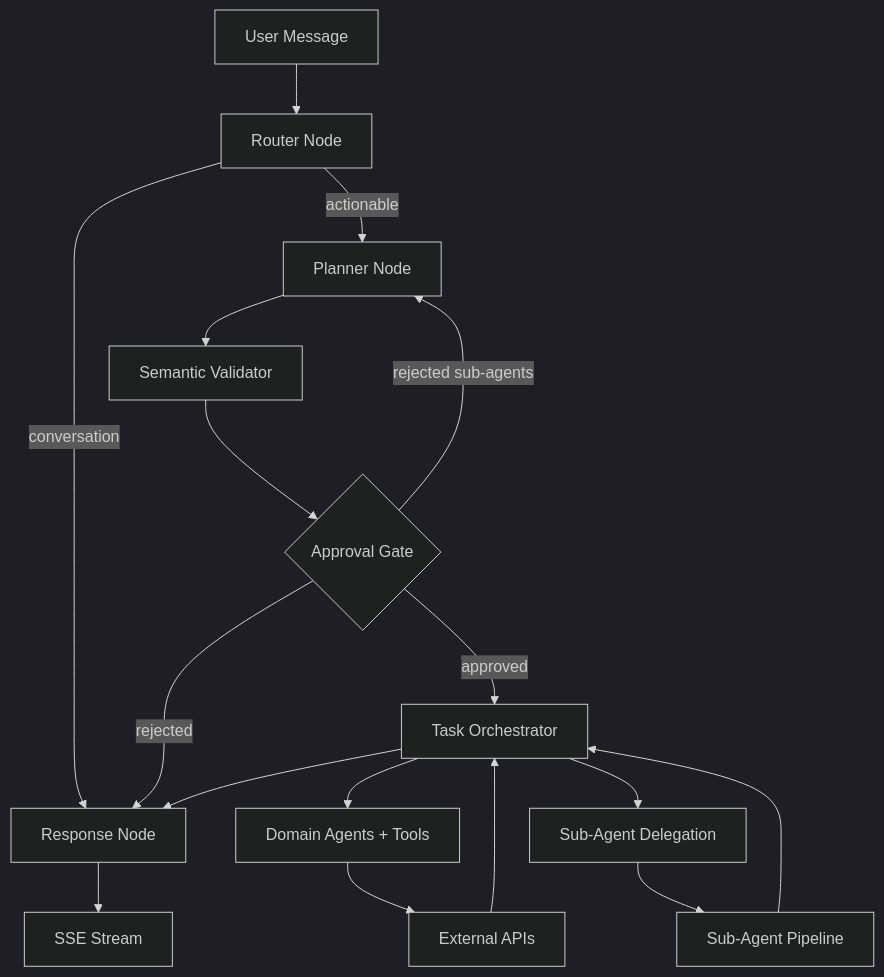
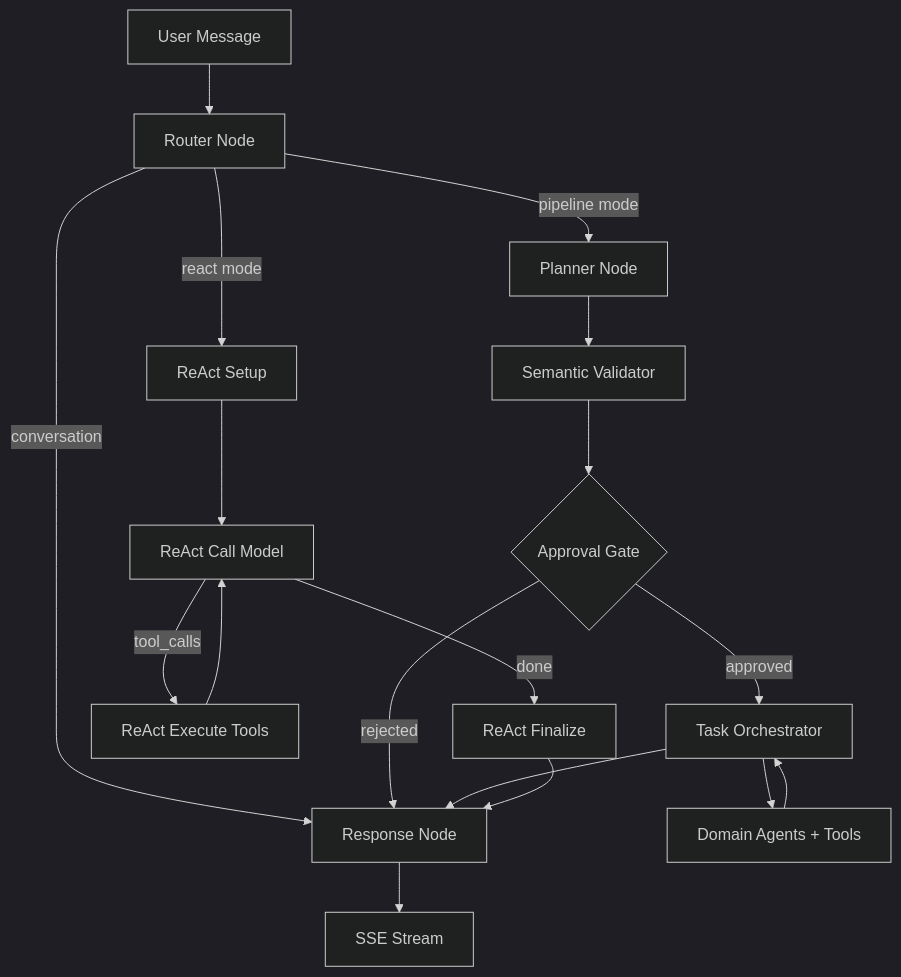
The diagram in README.md (jgouviergmail/LIA-Assistant), drawn with Mermaid (dark theme) before and after one commit. The commit also changed other lines of this file and 81 other files, not shown here.

````diff
--- a/README.md
+++ b/README.md
@@ -587,19 +600,20 @@
 ```mermaid
 graph TD
     A[User Message] --> B[Router Node]
     B -->|conversation| C[Response Node]
-    B -->|actionable| D[Planner Node]
+    B -->|pipeline mode| D[Planner Node]
+    B -->|react mode| R1[ReAct Setup]
     D --> E[Semantic Validator]
     E --> F{Approval Gate}
     F -->|approved| G[Task Orchestrator]
-    F -->|rejected sub-agents| D
     F -->|rejected| C
     G --> H[Domain Agents + Tools]
-    G --> L[Sub-Agent Delegation]
-    H --> I[External APIs]
-    L --> M[Sub-Agent Pipeline]
-    M --> G
-    I --> G
+    H --> G
     G --> C
+    R1 --> R2[ReAct Call Model]
+    R2 -->|tool_calls| R3[ReAct Execute Tools]
+    R2 -->|done| R4[ReAct Finalize]
+    R3 --> R2
+    R4 --> C
     C --> J[SSE Stream]
 ```
````
